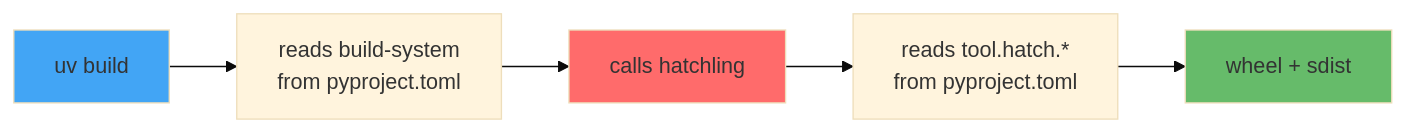
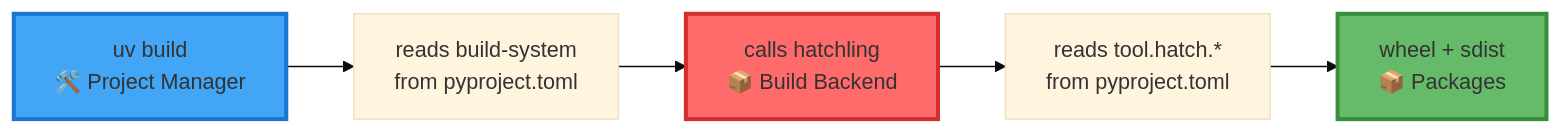
Before and after one commit to d2207197/slides-and-docs: the second of 5 diagrams in sections/05-library-repository-structure.md, drawn with Mermaid (base theme). The commit also changed other lines of this file and 16 other files, not shown here.

````diff
--- a/sections/05-library-repository-structure.md
+++ b/sections/05-library-repository-structure.md
@@ -109,11 +151,11 @@
 ```mermaid
 graph LR
-    A[uv build] --> B[reads build-system<br/>from pyproject.toml]
-    B --> C[calls hatchling]
+    A[uv build<br/>🛠️ Project Manager] --> B[reads build-system<br/>from pyproject.toml]
+    B --> C[calls hatchling<br/>📦 Build Backend]
     C --> D[reads tool.hatch.*<br/>from pyproject.toml]
-    D --> E[wheel + sdist]
+    D --> E[wheel + sdist<br/>📦 Packages]
 
-    style A fill:#42a5f5
-    style C fill:#ff6b6b
-    style E fill:#66bb6a
+    style A fill:#42a5f5,stroke:#1976d2,stroke-width:3px
+    style C fill:#ff6b6b,stroke:#d32f2f,stroke-width:3px
+    style E fill:#66bb6a,stroke:#388e3c,stroke-width:3px
 ```
````
